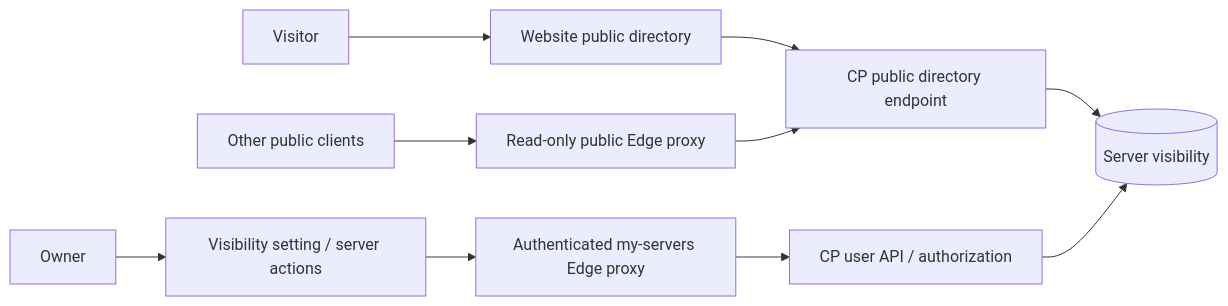
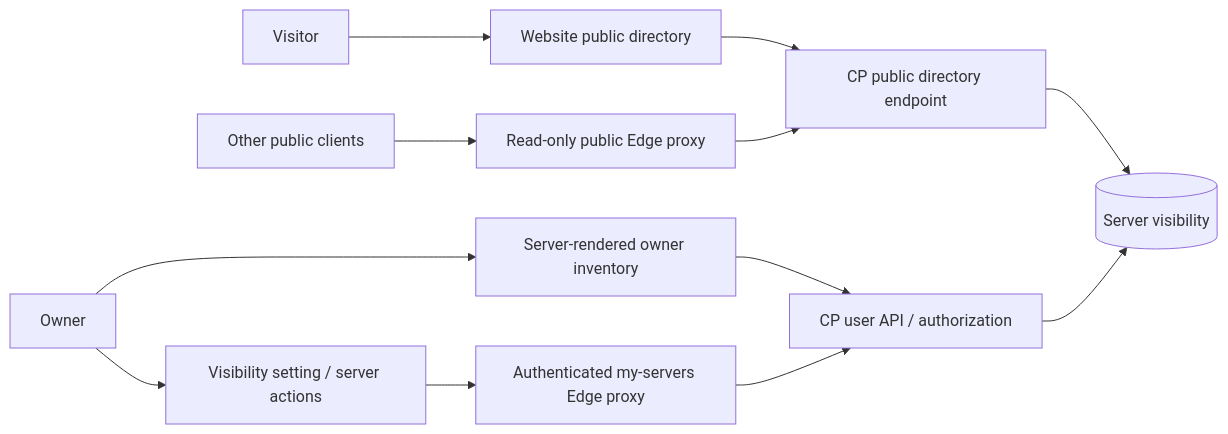
The second of 2 diagrams in docs/server-visibility.md (Bannerlord-Coop-Team/BannerlordCoop-website), drawn with Mermaid before and after one commit. The commit also changed 9 other files, not shown here.

Commit message:
perf: read server-rendered owner inventory directly

````diff
--- a/docs/server-visibility.md
+++ b/docs/server-visibility.md
@@ -65,12 +65,14 @@
 ```mermaid
 flowchart LR
     Visitor --> Website[Website public directory]
     Website --> PublicCP[CP public directory endpoint]
     PublicClient[Other public clients] --> PublicEdge[Read-only public Edge proxy]
     PublicEdge --> PublicCP[CP public directory endpoint]
     Owner --> Settings[Visibility setting / server actions]
+    Owner --> PrivatePage[Server-rendered owner inventory]
+    PrivatePage --> PrivateCP[CP user API / authorization]
     Settings --> PrivateEdge[Authenticated my-servers Edge proxy]
     PrivateEdge --> PrivateCP[CP user API / authorization]
     PublicCP --> DB[(Server visibility)]
     PrivateCP --> DB
 ```
````
